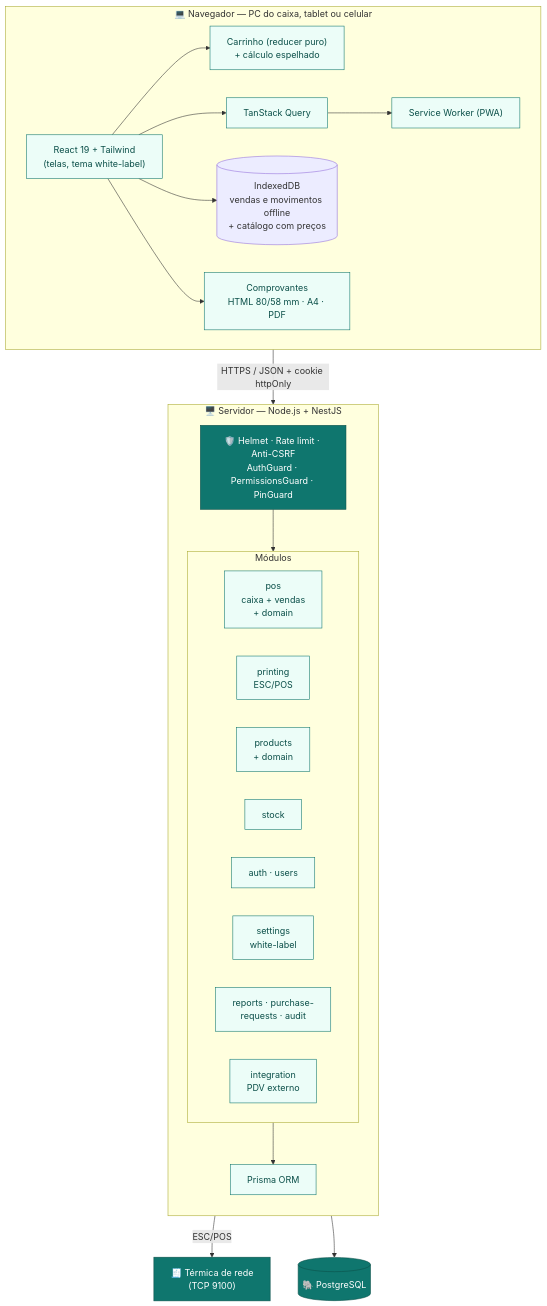
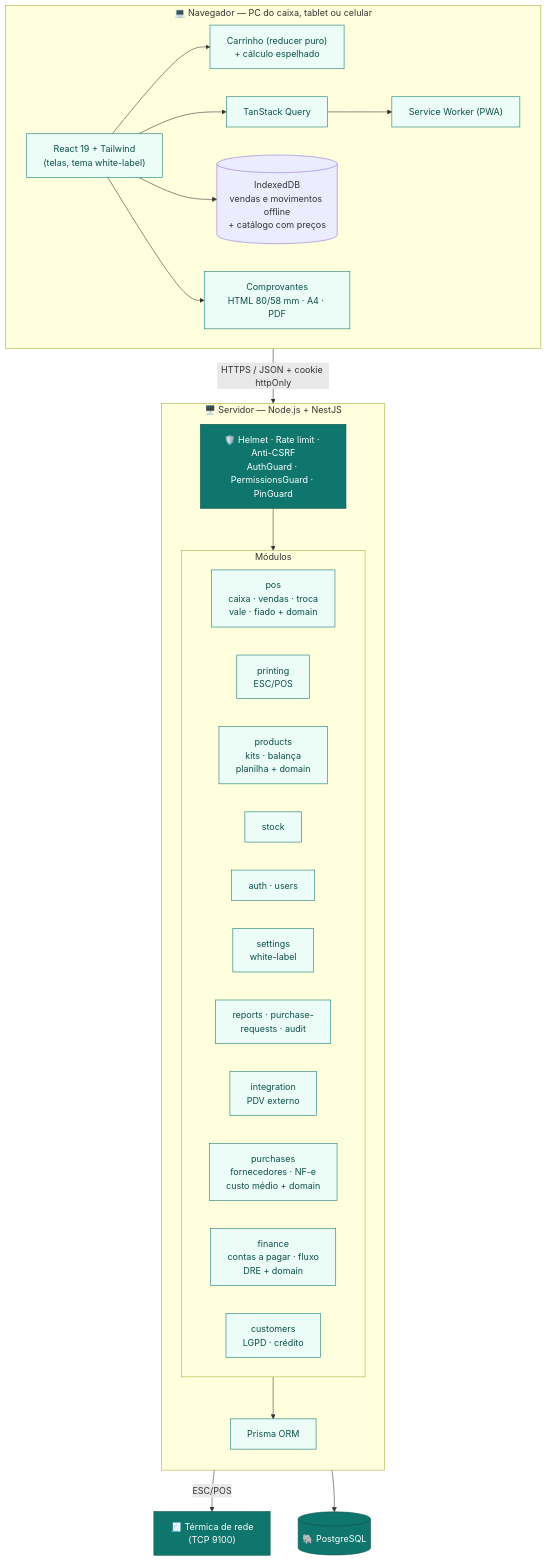
Before and after one commit to tassiocarvalho/vl-estoque: the second of 13 diagrams in README.md, drawn with Mermaid. The commit also changed other lines of this file and 48 other files, not shown here.

First line of the commit message:
Documentação: README, manual (PDF) e DRS v2 atualizados com compras, pós-venda, fiado, balança, kits e financeiro

````diff
--- a/README.md
+++ b/README.md
@@ -253,46 +292,49 @@
 ```mermaid
 flowchart TB
     subgraph CLIENTE["💻 Navegador — PC do caixa, tablet ou celular"]
         direction LR
         UI["React 19 + Tailwind<br/>(telas, tema white-label)"]
         CART["Carrinho (reducer puro)<br/>+ cálculo espelhado"]
         RQ["TanStack Query"]
         SW["Service Worker (PWA)"]
         IDB[("IndexedDB<br/>vendas e movimentos offline<br/>+ catálogo com preços")]
         PRN["Comprovantes<br/>HTML 80/58 mm · A4 · PDF"]
         UI --> CART
         UI --> RQ --> SW
         UI --> IDB
         UI --> PRN
     end
 
     subgraph SERVIDOR["🖥️ Servidor — Node.js + NestJS"]
         direction TB
         SEC["🛡️ Helmet · Rate limit · Anti-CSRF<br/>AuthGuard · PermissionsGuard · PinGuard"]
         subgraph MOD["Módulos"]
             direction LR
-            M0[pos<br/>caixa + vendas<br/>+ domain]
+            M0[pos<br/>caixa · vendas · troca<br/>vale · fiado + domain]
             M1[printing<br/>ESC/POS]
-            M2[products<br/>+ domain]
+            M2[products<br/>kits · balança<br/>planilha + domain]
             M3[stock]
             M4[auth · users]
             M5[settings<br/>white-label]
             M6[reports · purchase-<br/>requests · audit]
             M7[integration<br/>PDV externo]
+            M8[purchases<br/>fornecedores · NF-e<br/>custo médio + domain]
+            M9[finance<br/>contas a pagar · fluxo<br/>DRE + domain]
+            M10[customers<br/>LGPD · crédito]
         end
         ORM["Prisma ORM"]
         SEC --> MOD --> ORM
     end
 
     DB[("🐘 PostgreSQL")]
     TERM["🧾 Térmica de rede<br/>(TCP 9100)"]
 
     SW -->|"HTTPS / JSON + cookie httpOnly"| SEC
     M1 -->|ESC/POS| TERM
     ORM --> DB
 
     classDef box fill:#ecfdf8,stroke:#0f766e,color:#0b4f49
     classDef dark fill:#0f766e,stroke:#0b4f49,color:#fff
-    class UI,CART,RQ,SW,PRN,M0,M1,M2,M3,M4,M5,M6,M7,ORM box
+    class UI,CART,RQ,SW,PRN,M0,M1,M2,M3,M4,M5,M6,M7,M8,M9,M10,ORM box
     class SEC,DB,TERM dark
 ```
````
